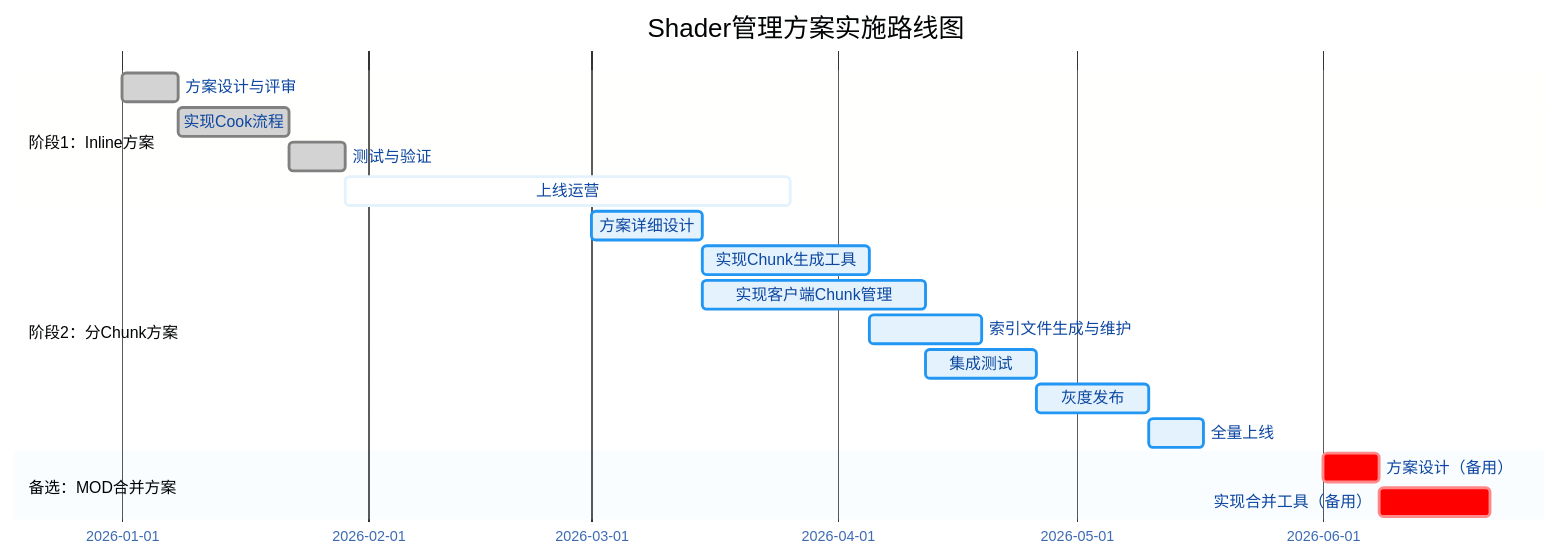
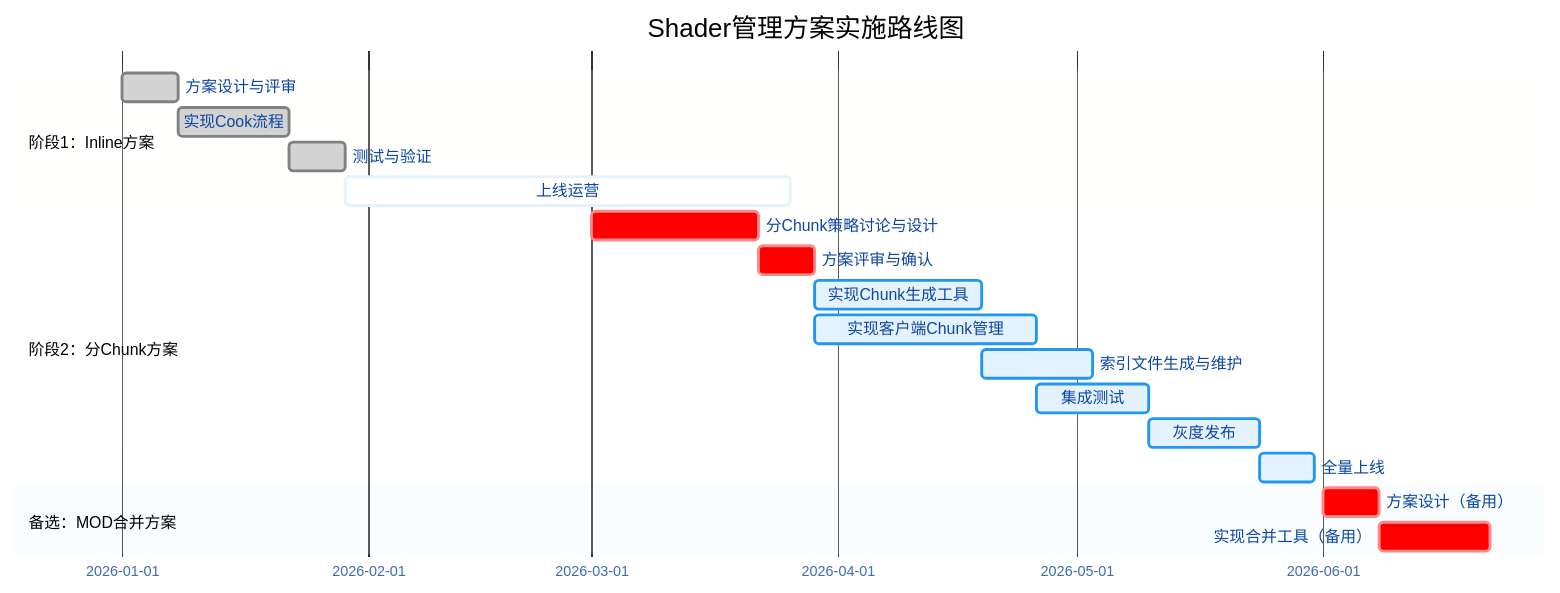
The sixth of 7 diagrams in AssetRepo/离散化公共资产仓库技术方案.md (wallewu/FollowAI), drawn with Mermaid before and after one commit. The commit also changed other lines of this file, not shown here.

````diff
--- a/AssetRepo/离散化公共资产仓库技术方案.md
+++ b/AssetRepo/离散化公共资产仓库技术方案.md
@@ -2466,24 +2506,25 @@
 ```mermaid
 %%{init: {'theme':'base', 'themeVariables': { 'primaryColor':'#e3f2fd','primaryTextColor':'#0d47a1','primaryBorderColor':'#2196f3','lineColor':'#42a5f5','fontSize':'13px'}}}%%
 gantt
     title Shader管理方案实施路线图
     dateFormat  YYYY-MM-DD
     section 阶段1：Inline方案
     方案设计与评审           :done, a1, 2026-01-01, 1w
     实现Cook流程            :done, a2, after a1, 2w
     测试与验证              :done, a3, after a2, 1w
     上线运营                :active, a4, after a3, 8w
     
     section 阶段2：分Chunk方案
-    方案详细设计            :b1, 2026-03-01, 2w
-    实现Chunk生成工具       :b2, after b1, 3w
-    实现客户端Chunk管理     :b3, after b1, 4w
-    索引文件生成与维护      :b4, after b2, 2w
-    集成测试                :b5, after b3, 2w
-    灰度发布                :b6, after b5, 2w
-    全量上线                :b7, after b6, 1w
+    分Chunk策略讨论与设计   :crit, b1, 2026-03-01, 3w
+    方案评审与确认          :crit, b2, after b1, 1w
+    实现Chunk生成工具       :b3, after b2, 3w
+    实现客户端Chunk管理     :b4, after b2, 4w
+    索引文件生成与维护      :b5, after b3, 2w
+    集成测试                :b6, after b4, 2w
+    灰度发布                :b7, after b6, 2w
+    全量上线                :b8, after b7, 1w
     
     section 备选：MOD合并方案
     方案设计（备用）        :crit, c1, 2026-06-01, 1w
     实现合并工具（备用）    :crit, c2, after c1, 2w
 ```
````
